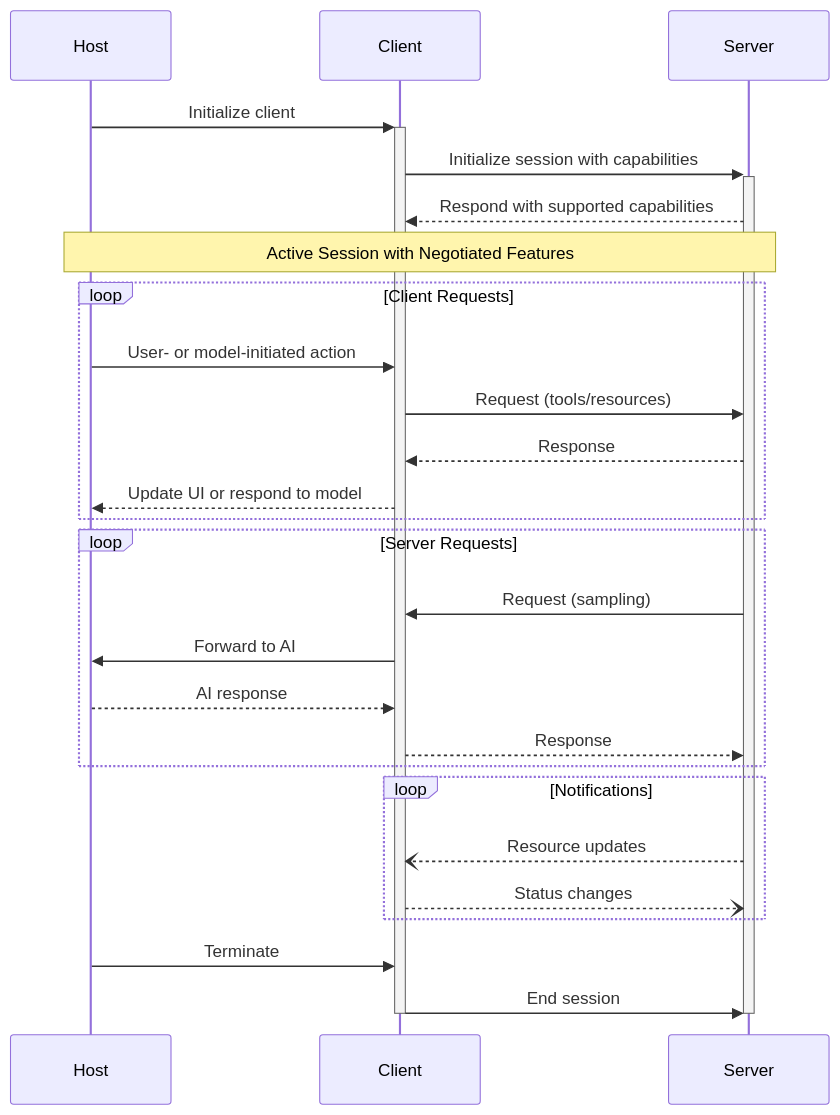
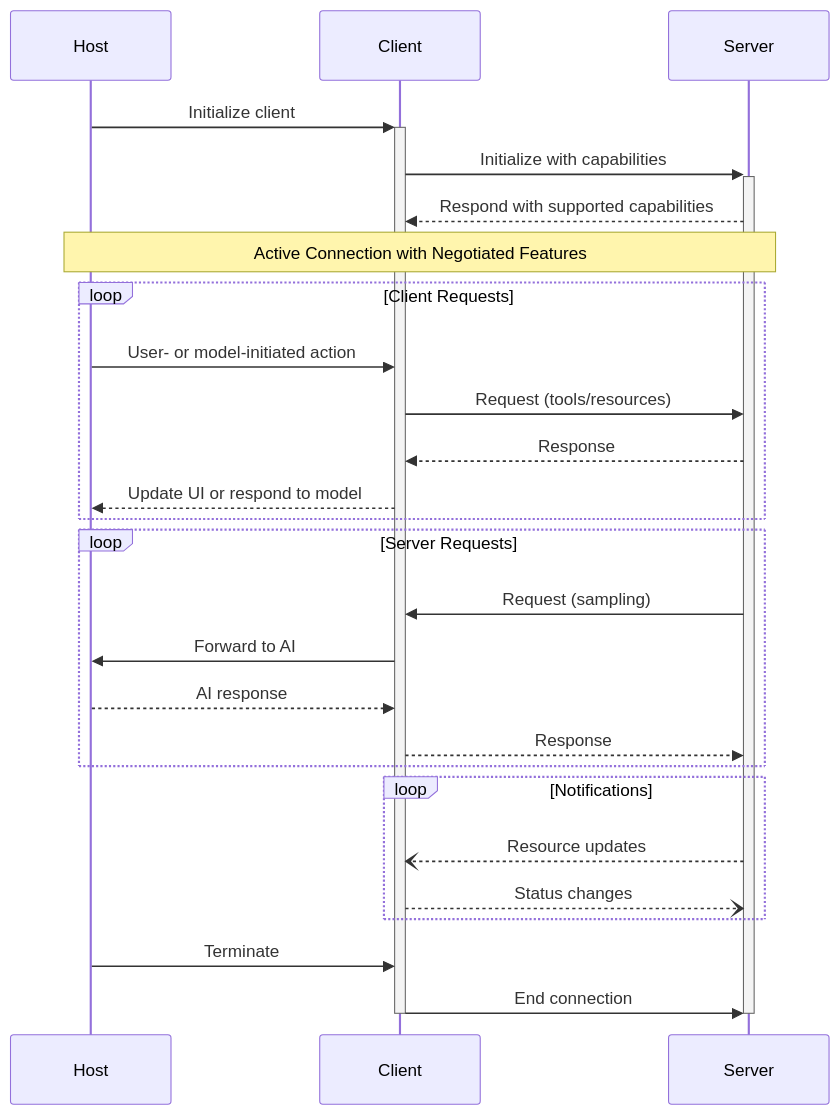
One commit to NickCollect/ai-coding-runbook changed the second of 2 diagrams in 01_Raw/github/modelcontextprotocol/modelcontextprotocol/docs/specification/draft/architecture/index.mdx. Above: the diagram before and after it, drawn with Mermaid. The commit also changed other lines of this file and 50 other files, not shown here.

````diff
--- a/01_Raw/github/modelcontextprotocol/modelcontextprotocol/docs/specification/draft/architecture/index.mdx
+++ b/01_Raw/github/modelcontextprotocol/modelcontextprotocol/docs/specification/draft/architecture/index.mdx
@@ -126,35 +126,35 @@
 ```mermaid
 sequenceDiagram
     participant Host
     participant Client
     participant Server
 
     Host->>+Client: Initialize client
-    Client->>+Server: Initialize session with capabilities
+    Client->>+Server: Initialize with capabilities
     Server-->>Client: Respond with supported capabilities
 
-    Note over Host,Server: Active Session with Negotiated Features
+    Note over Host,Server: Active Connection with Negotiated Features
 
     loop Client Requests
         Host->>Client: User- or model-initiated action
         Client->>Server: Request (tools/resources)
         Server-->>Client: Response
         Client-->>Host: Update UI or respond to model
     end
 
     loop Server Requests
         Server->>Client: Request (sampling)
         Client->>Host: Forward to AI
         Host-->>Client: AI response
         Client-->>Server: Response
     end
 
     loop Notifications
         Server--)Client: Resource updates
         Client--)Server: Status changes
     end
 
     Host->>Client: Terminate
-    Client->>-Server: End session
+    Client->>-Server: End connection
     deactivate Server
 ```
````
